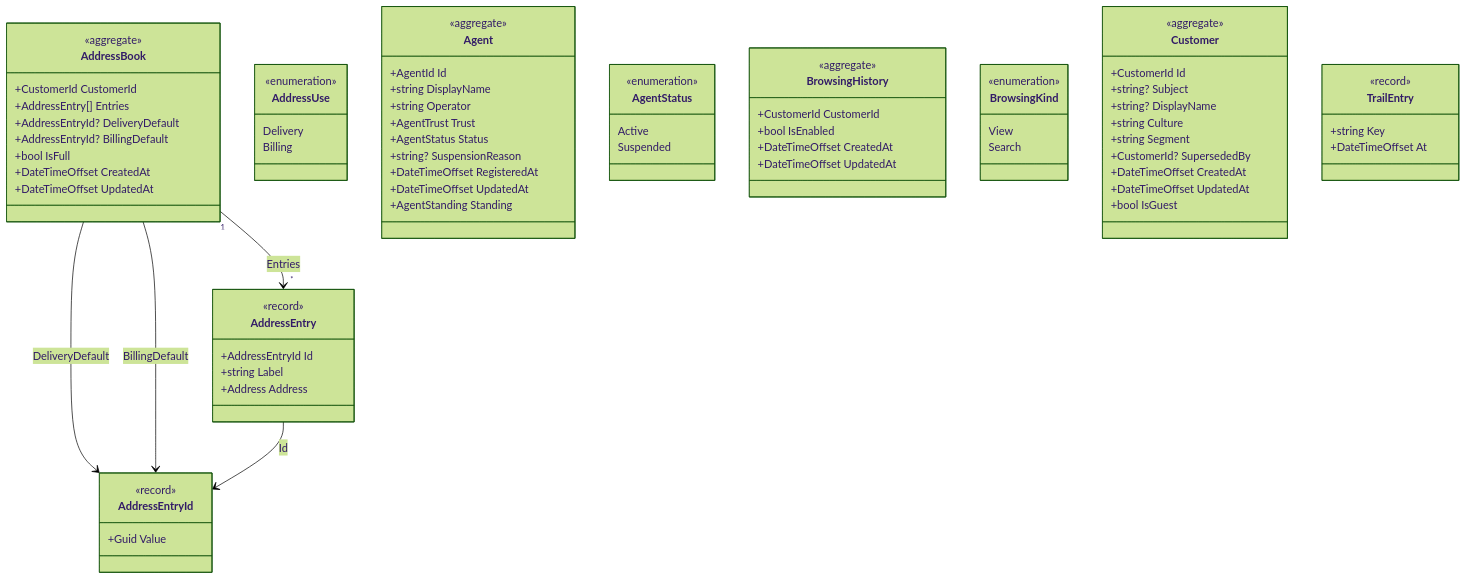
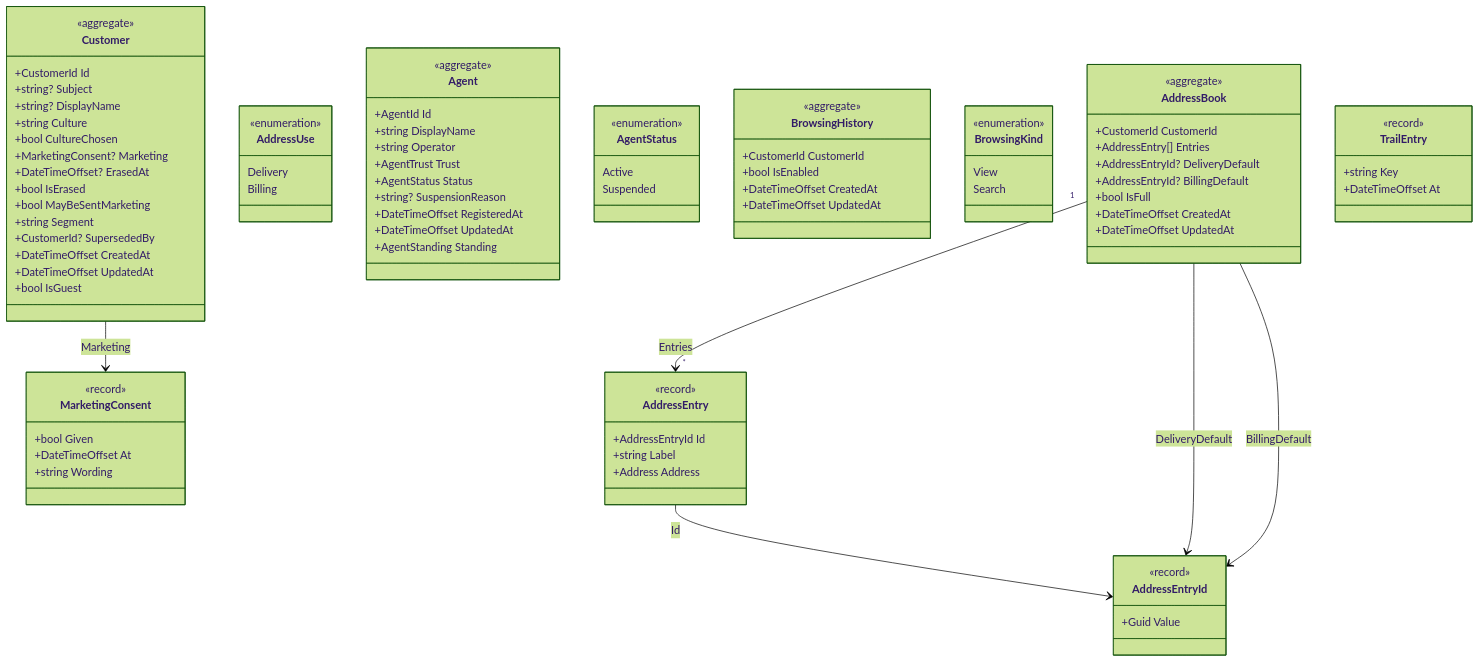
Diagram 11 of 17 in docs/domain-model.md (juanluelguerre/tendero), drawn with Mermaid (forest theme) before and after one commit. The commit also changed other lines of this file and 57 other files, not shown here.

````diff
--- a/docs/domain-model.md
+++ b/docs/domain-model.md
@@ -893,11 +936,22 @@
         +string? Subject
         +string? DisplayName
         +string Culture
+        +bool CultureChosen
+        +MarketingConsent? Marketing
+        +DateTimeOffset? ErasedAt
+        +bool IsErased
+        +bool MayBeSentMarketing
         +string Segment
         +CustomerId? SupersededBy
         +DateTimeOffset CreatedAt
         +DateTimeOffset UpdatedAt
         +bool IsGuest
+    }
+    class MarketingConsent {
+        <<record>>
+        +bool Given
+        +DateTimeOffset At
+        +string Wording
     }
     class TrailEntry {
         <<record>>
@@ -908,4 +962,5 @@
     AddressBook --> AddressEntryId : DeliveryDefault
     AddressBook --> AddressEntryId : BillingDefault
     AddressEntry --> AddressEntryId : Id
+    Customer --> MarketingConsent : Marketing
 ```
````
